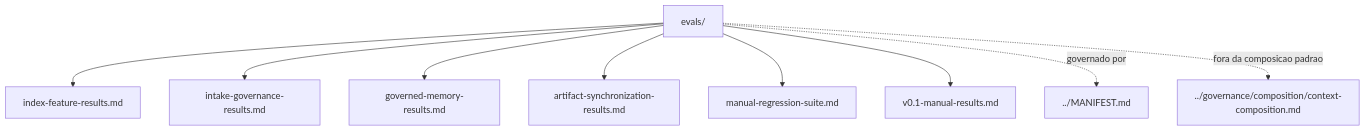
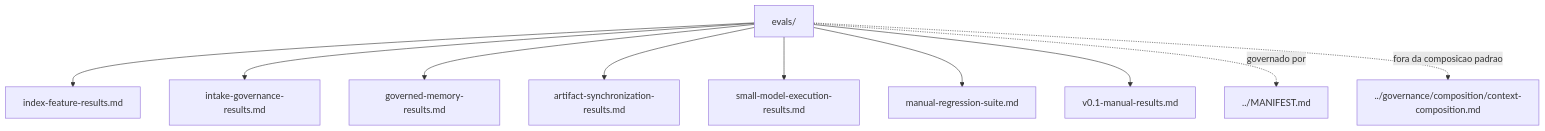
The diagram in evals/README.md (moreira-and/agent-ops), drawn with Mermaid before and after one commit. The commit also changed other lines of this file and 9 other files, not shown here.

````diff
--- a/evals/README.md
+++ b/evals/README.md
@@ -103,12 +104,13 @@
 ```mermaid
 flowchart TD
     current["evals/"]
     current --> n1["index-feature-results.md"]
     current --> n2["intake-governance-results.md"]
     current --> n3["governed-memory-results.md"]
     current --> n4["artifact-synchronization-results.md"]
-    current --> n5["manual-regression-suite.md"]
-    current --> n6["v0.1-manual-results.md"]
-    current -. "governado por" .-> n7["../MANIFEST.md"]
-    current -. "fora da composicao padrao" .-> n8["../governance/composition/context-composition.md"]
+    current --> n5["small-model-execution-results.md"]
+    current --> n6["manual-regression-suite.md"]
+    current --> n7["v0.1-manual-results.md"]
+    current -. "governado por" .-> n8["../MANIFEST.md"]
+    current -. "fora da composicao padrao" .-> n9["../governance/composition/context-composition.md"]
 ```
````
